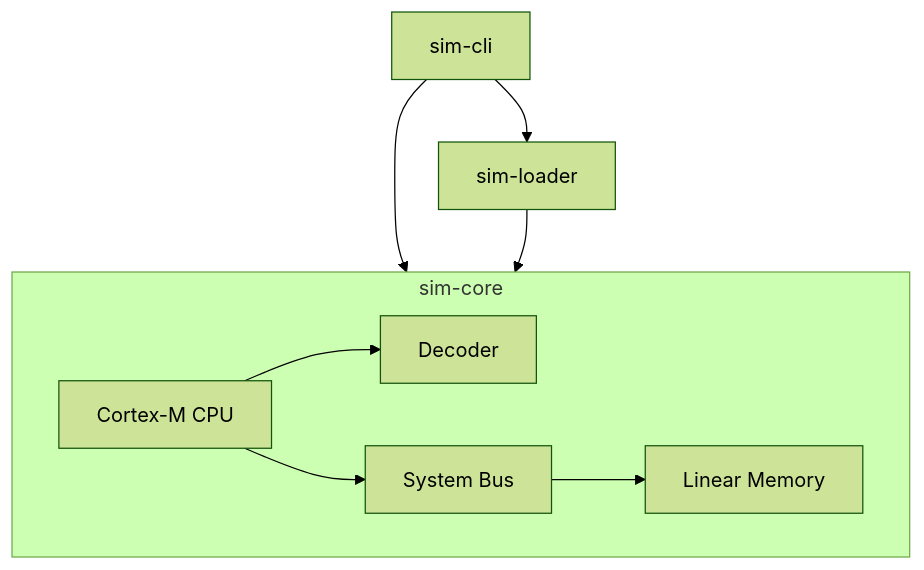
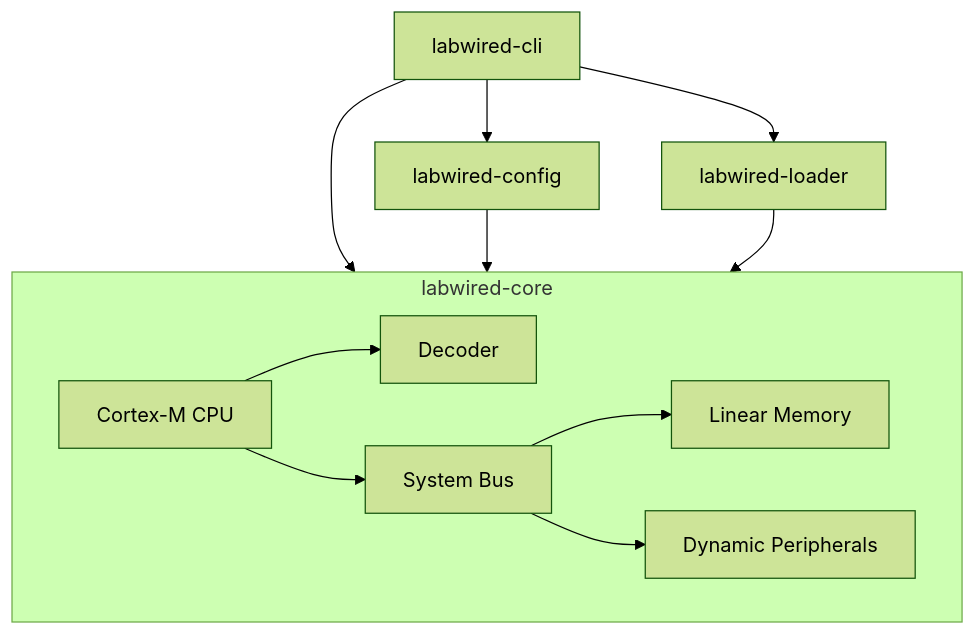
Before and after one commit to w1ne/labwired: the diagram in docs/architecture.md, drawn with Mermaid (forest theme). The commit also changed other lines of this file and 2 other files, not shown here.

Commit message:
docs: update architecture, plan, and readme for v0.4.0 release

````diff
--- a/docs/architecture.md
+++ b/docs/architecture.md
@@ -7,17 +7,21 @@
 ```mermaid
 graph TD
-    CLI[sim-cli] --> Loader[sim-loader]
-    CLI --> Core[sim-core]
+    CLI[labwired-cli] --> Config[labwired-config]
+    CLI --> Loader[labwired-loader]
+    CLI --> Core[labwired-core]
+    Config --> Core
     Loader --> Core
     
-    subgraph Core [sim-core]
+    subgraph Core [labwired-core]
         CPU[Cortex-M CPU]
         Bus[System Bus]
         Dec[Decoder]
         Mem[Linear Memory]
+        Periphs[Dynamic Peripherals]
         
         CPU --> Dec
         CPU --> Bus
         Bus --> Mem
+        Bus --> Periphs
     end
 ```
````
